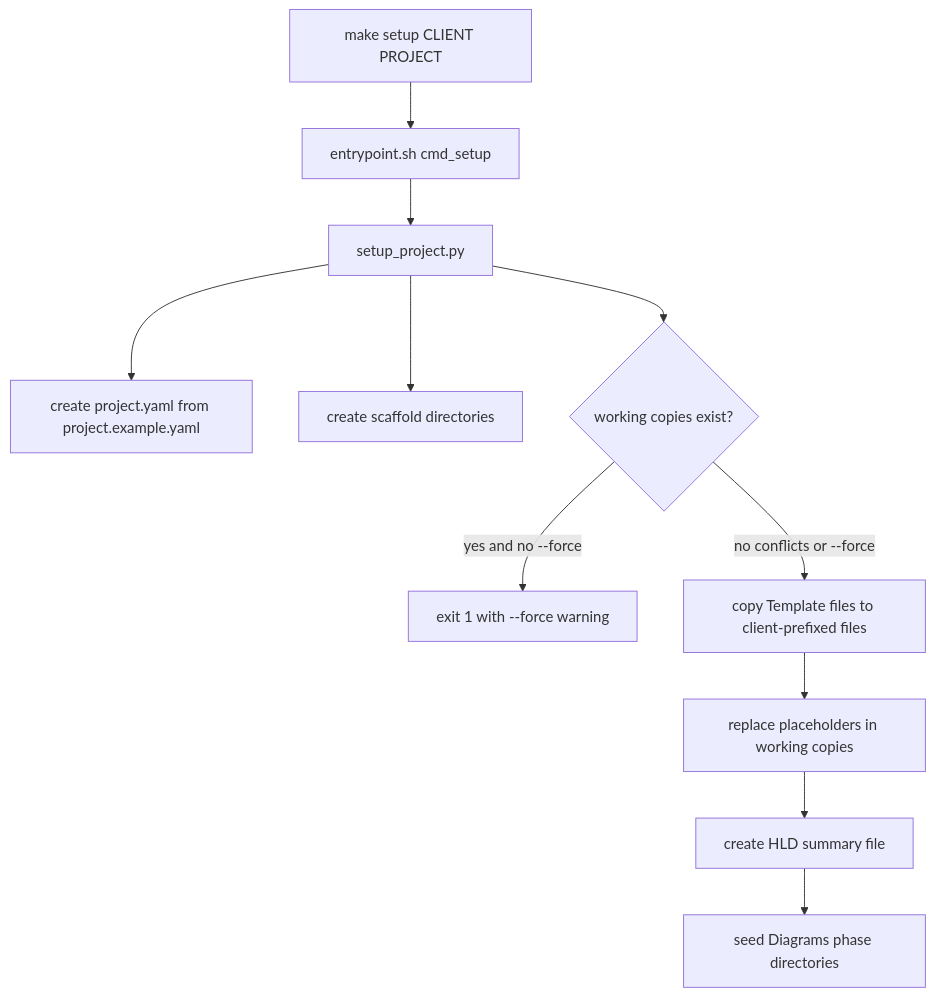
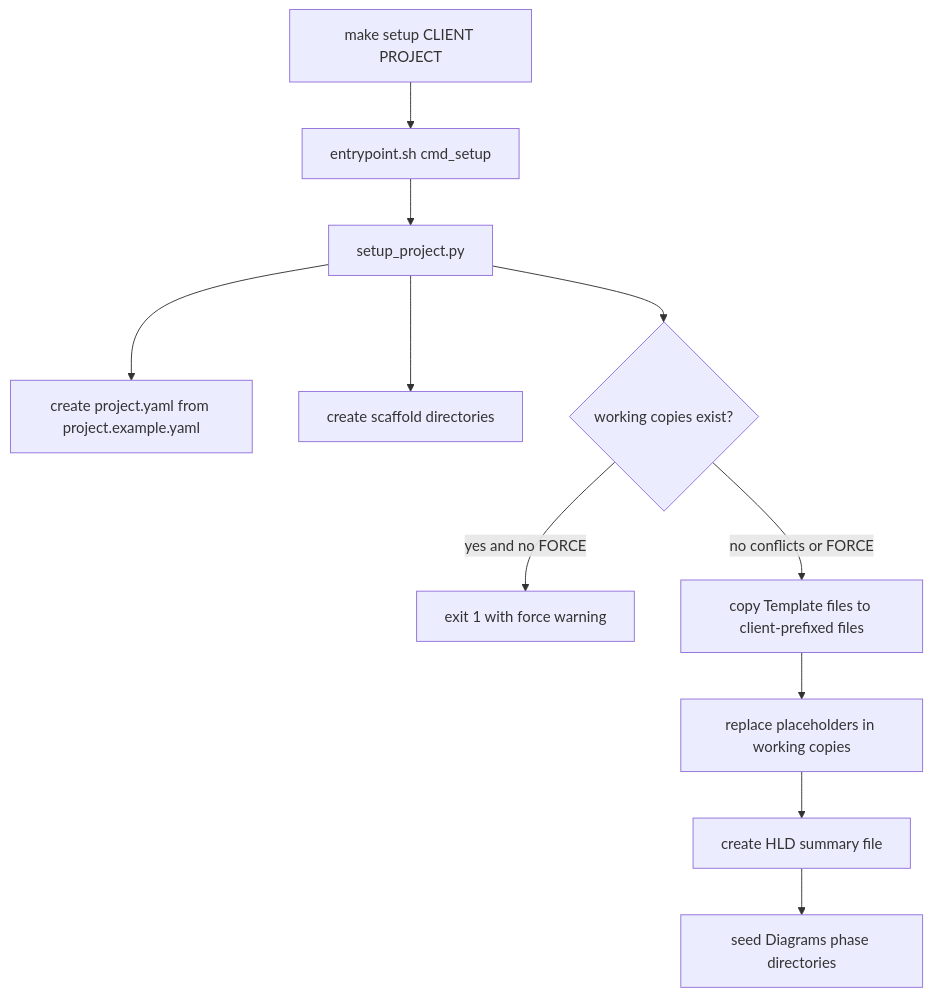
The first of 10 diagrams in docs/CODEFLOW.md (stratus-ss/arch-design-doc-generator), drawn with Mermaid before and after one commit. The commit also changed other lines of this file and 13 other files, not shown here.

First line of the commit message:
docs: align Health Check code flow with collect 03–12 and the report engine

````diff
--- a/docs/CODEFLOW.md
+++ b/docs/CODEFLOW.md
@@ -19,13 +20,13 @@
 ```mermaid
 flowchart TD
-    MakeSetup[make setup CLIENT PROJECT] --> Entrypoint[entrypoint.sh cmd_setup]
-    Entrypoint --> SetupPy[setup_project.py]
-    SetupPy --> CreateYaml[create project.yaml from project.example.yaml]
-    SetupPy --> Scaffold[create scaffold directories]
-    SetupPy --> ConflictCheck{working copies exist?}
-    ConflictCheck -->|yes and no --force| Refuse[exit 1 with --force warning]
-    ConflictCheck -->|no conflicts or --force| CopyTemplates[copy Template files to client-prefixed files]
-    CopyTemplates --> ReplaceTokens[replace placeholders in working copies]
-    ReplaceTokens --> SummaryFile[create HLD summary file]
-    SummaryFile --> SeedDiagrams[seed Diagrams phase directories]
+    MakeSetup["make setup CLIENT PROJECT"] --> Entrypoint["entrypoint.sh cmd_setup"]
+    Entrypoint --> SetupPy["setup_project.py"]
+    SetupPy --> CreateYaml["create project.yaml from project.example.yaml"]
+    SetupPy --> Scaffold["create scaffold directories"]
+    SetupPy --> ConflictCheck{"working copies exist?"}
+    ConflictCheck -->|"yes and no FORCE"| Refuse["exit 1 with force warning"]
+    ConflictCheck -->|"no conflicts or FORCE"| CopyTemplates["copy Template files to client-prefixed files"]
+    CopyTemplates --> ReplaceTokens["replace placeholders in working copies"]
+    ReplaceTokens --> SummaryFile["create HLD summary file"]
+    SummaryFile --> SeedDiagrams["seed Diagrams phase directories"]
 ```
````
